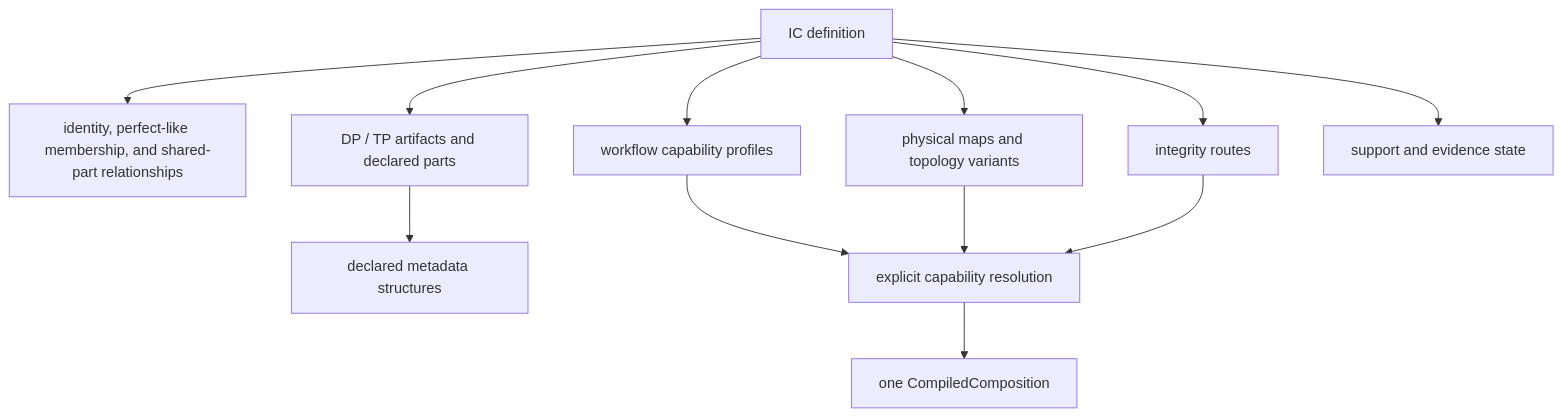
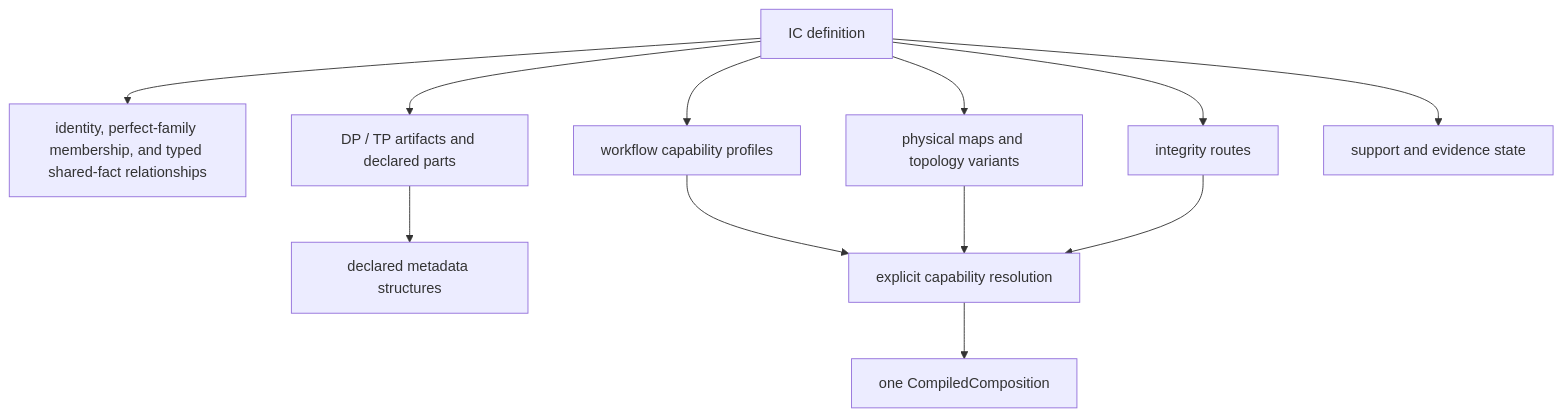
One commit to Dennis40816/nvt_fw_combiner changed the diagram in docs/architecture/0.10.x-maintainability-resolution-and-ownership.md. Above: the diagram before and after it, drawn with Mermaid. The commit also changed other lines of this file and 25 other files, not shown here.

````diff
--- a/docs/architecture/0.10.x-maintainability-resolution-and-ownership.md
+++ b/docs/architecture/0.10.x-maintainability-resolution-and-ownership.md
@@ -18,14 +18,14 @@
 ```mermaid
 flowchart TD
-    IC["IC definition"] --> Identity["identity, perfect-like membership, and shared-part relationships"]
+    IC["IC definition"] --> Identity["identity, perfect-family membership, and typed shared-fact relationships"]
     IC --> Maps["physical maps and topology variants"]
     IC --> Artifacts["DP / TP artifacts and declared parts"]
     IC --> Workflows["workflow capability profiles"]
     IC --> Integrity["integrity routes"]
     IC --> Evidence["support and evidence state"]
     Artifacts --> Metadata["declared metadata structures"]
     Workflows --> Resolution["explicit capability resolution"]
     Maps --> Resolution
     Integrity --> Resolution
     Resolution --> Compiled["one CompiledComposition"]
 ```
````
